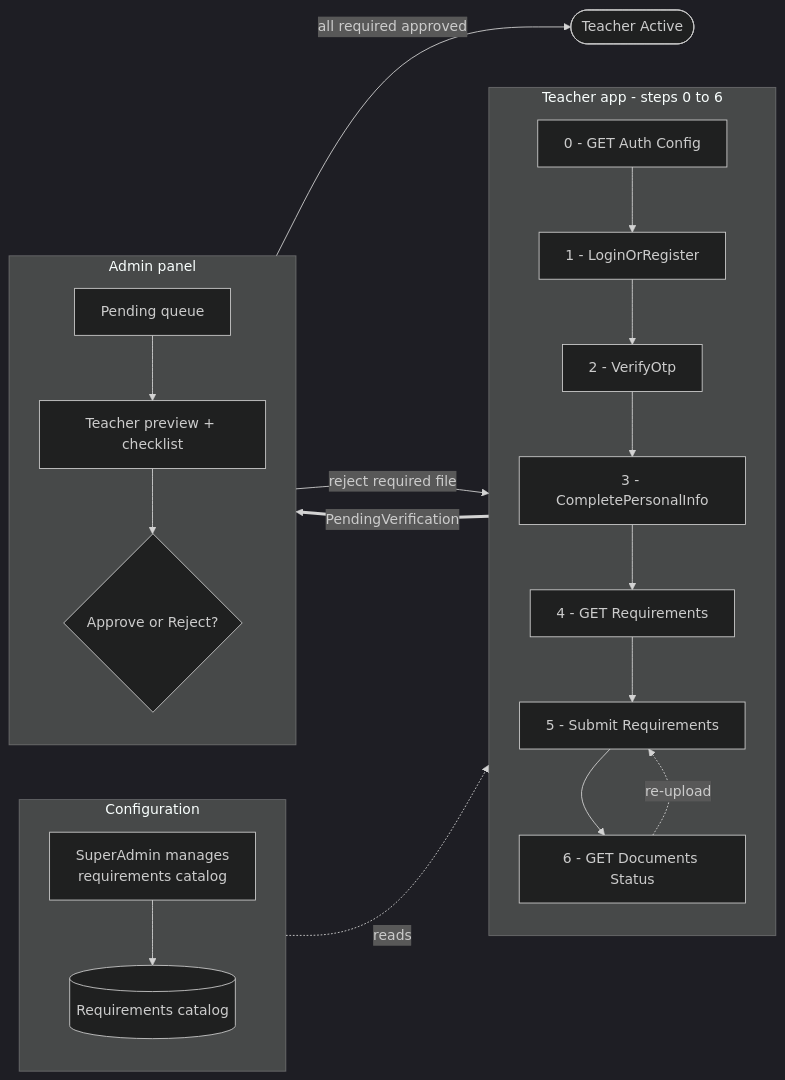
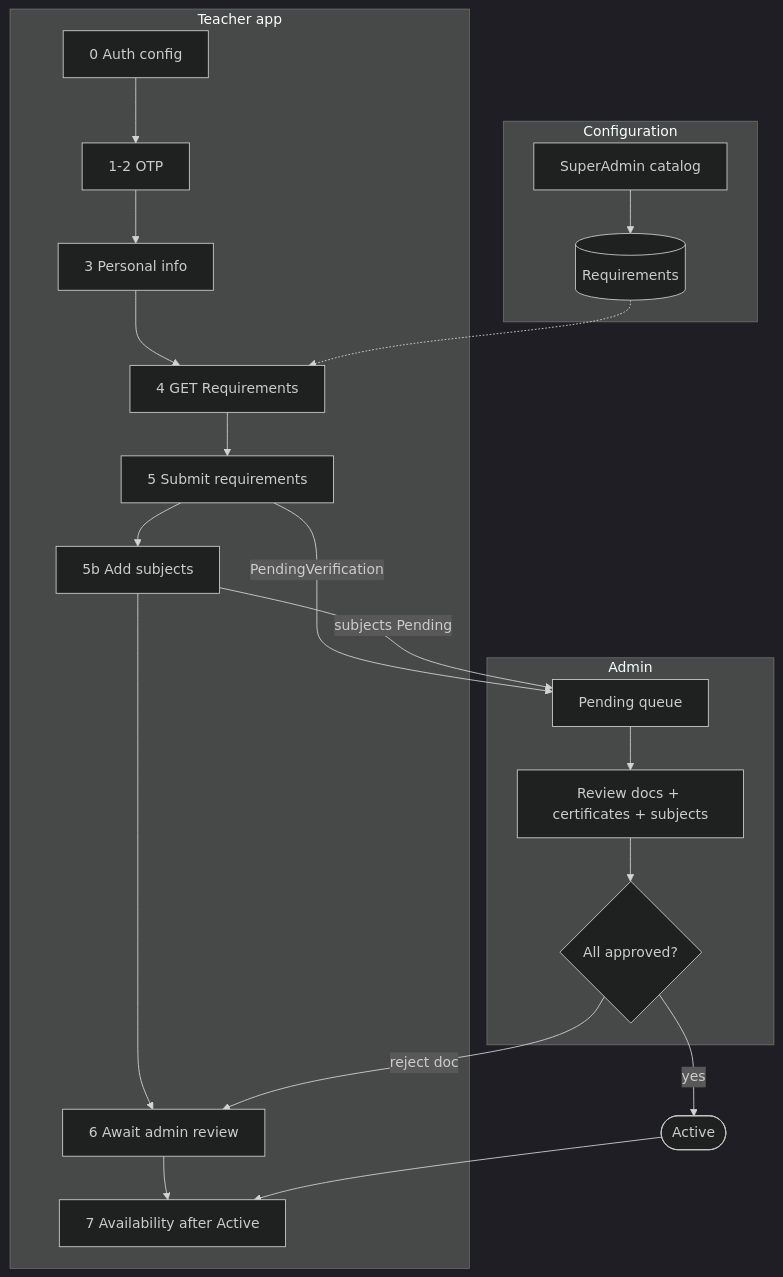
Before and after one commit to Mozaffer249/Qalam: the first of 2 diagrams in docs/Teacher-Registration-Guide.md, drawn with Mermaid (dark theme). The commit also changed other lines of this file and 34 other files, not shown here.

````diff
--- a/docs/Teacher-Registration-Guide.md
+++ b/docs/Teacher-Registration-Guide.md
@@ -45,37 +50,30 @@
 ```mermaid
-flowchart LR
+flowchart TB
   subgraph CFG[Configuration]
-    direction TB
-    AD[SuperAdmin manages<br/>requirements catalog]
-    CAT[(Requirements catalog)]
+    AD[SuperAdmin catalog]
+    CAT[(Requirements)]
     AD --> CAT
   end
 
-  subgraph TCH[Teacher app - steps 0 to 6]
-    direction TB
-    S0[0 - GET Auth Config]
-    S1[1 - LoginOrRegister]
-    S2[2 - VerifyOtp]
-    S3[3 - CompletePersonalInfo]
-    S4[4 - GET Requirements]
-    S5[5 - Submit Requirements]
-    S6[6 - GET Documents Status]
-    S0 --> S1 --> S2 --> S3 --> S4 --> S5 --> S6
+  subgraph TCH[Teacher app]
+    S0[0 Auth config] --> S1[1-2 OTP] --> S3[3 Personal info]
+    S3 --> S4[4 GET Requirements] --> S5[5 Submit requirements]
+    S5 --> S5b[5b Add subjects]
+    S5b --> S6[6 Await admin review]
+    S6 --> S7[7 Availability after Active]
   end
 
-  subgraph ADM[Admin panel]
-    direction TB
-    A1[Pending queue]
-    A2[Teacher preview + checklist]
-    A3{Approve or Reject?}
-    A1 --> A2 --> A3
+  subgraph ADM[Admin]
+    A1[Pending queue] --> A2[Review docs + certificates + subjects]
+    A2 --> A3{All approved?}
   end
 
-  ACTIVE([Teacher Active])
+  ACTIVE([Active])
 
-  CAT -. reads .-> S4
-  S5 == PendingVerification ==> A1
-  A3 -- all required approved --> ACTIVE
-  A3 -- reject required file --> S6
-  S6 -. re-upload .-> S5
+  CAT -.-> S4
+  S5 -->|PendingVerification| A1
+  S5b -->|subjects Pending| A1
+  A3 -->|yes| ACTIVE
+  A3 -->|reject doc| S6
+  ACTIVE --> S7
 ```
````
